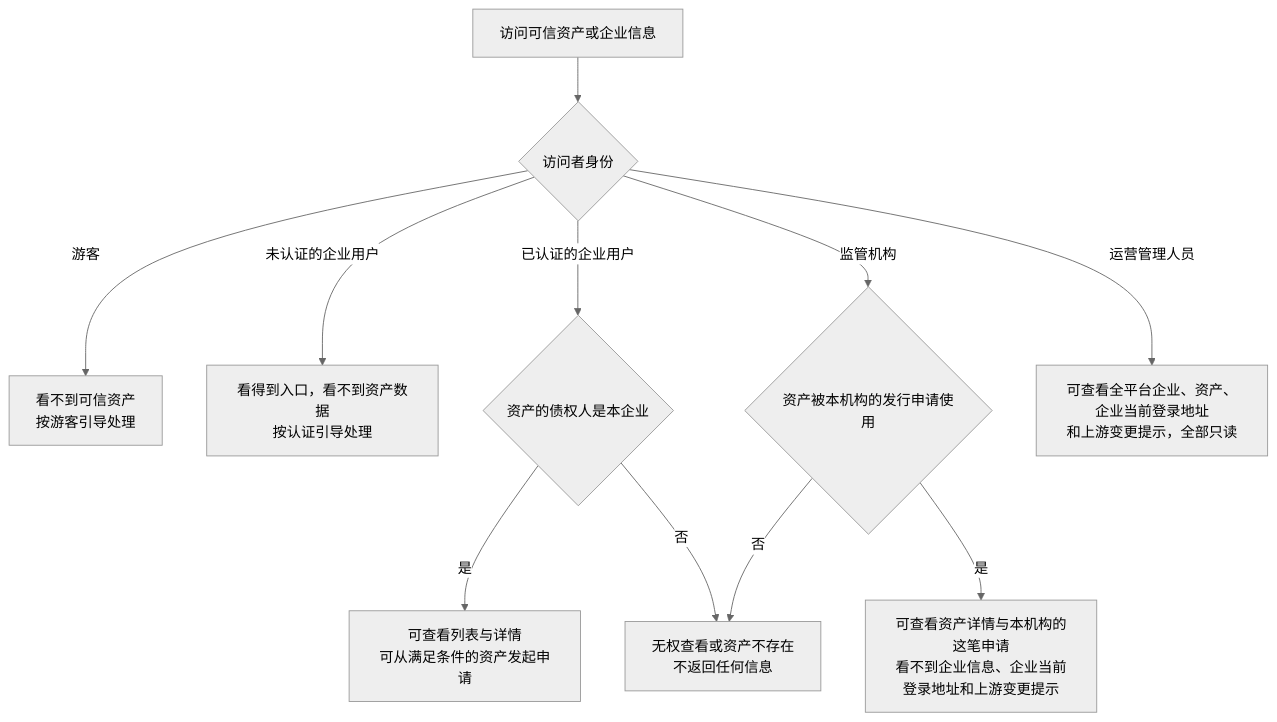
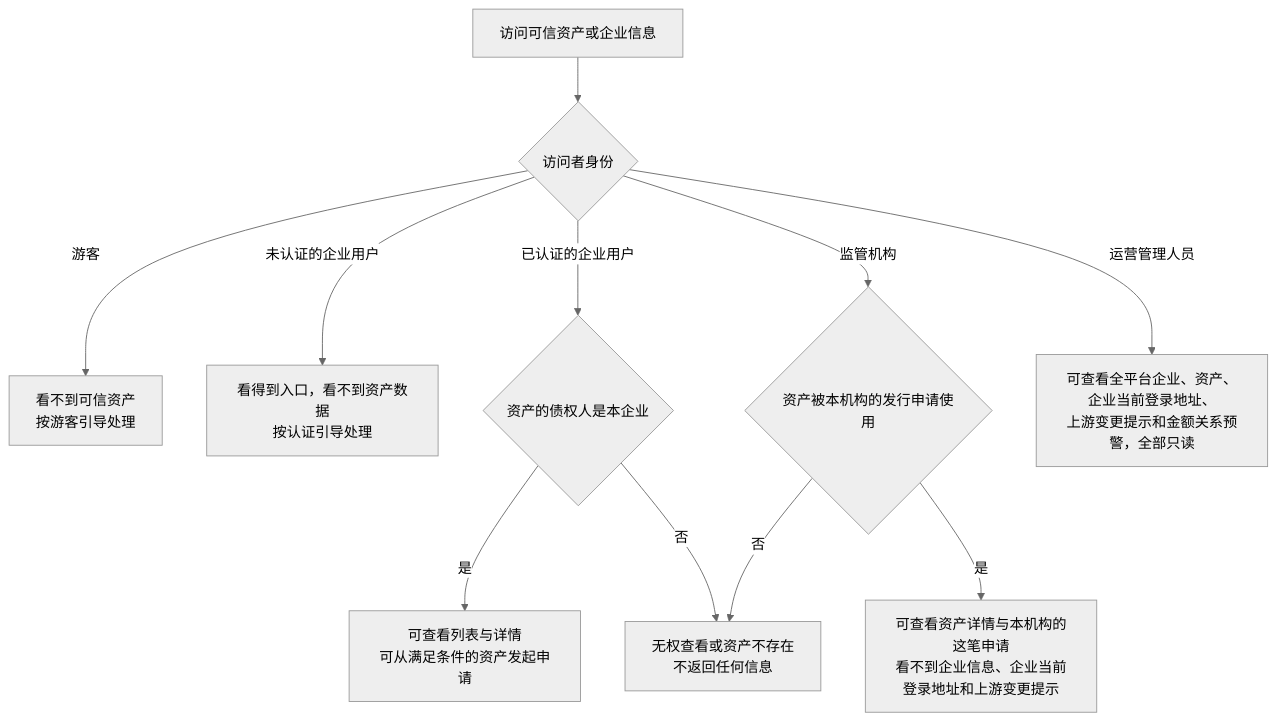
One commit to wxblockchain/Chain-Financing changed the sixth of 6 diagrams in token-issuance-platform/PRD/两端共用/M2-可信资产/02-可信资产-流程图与状态机.md. Above: the diagram before and after it, drawn with Mermaid (neutral theme). The commit also changed other lines of this file and 2 other files, not shown here.

````diff
--- a/token-issuance-platform/PRD/两端共用/M2-可信资产/02-可信资产-流程图与状态机.md
+++ b/token-issuance-platform/PRD/两端共用/M2-可信资产/02-可信资产-流程图与状态机.md
@@ -116,13 +116,13 @@
 ```mermaid
 flowchart TD
     A[访问可信资产或企业信息] --> B{访问者身份}
     B -->|游客| G[看不到可信资产<br/>按游客引导处理]
     B -->|未认证的企业用户| U[看得到入口，看不到资产数据<br/>按认证引导处理]
     B -->|已认证的企业用户| C{资产的债权人是本企业}
     C -->|是| C1[可查看列表与详情<br/>可从满足条件的资产发起申请]
     C -->|否| N[无权查看或资产不存在<br/>不返回任何信息]
     B -->|监管机构| D{资产被本机构的发行申请使用}
     D -->|是| D1[可查看资产详情与本机构的这笔申请<br/>看不到企业信息、企业当前登录地址和上游变更提示]
     D -->|否| N
-    B -->|运营管理人员| E[可查看全平台企业、资产、企业当前登录地址<br/>和上游变更提示，全部只读]
+    B -->|运营管理人员| E[可查看全平台企业、资产、企业当前登录地址、<br/>上游变更提示和金额关系预警，全部只读]
 ```
````
